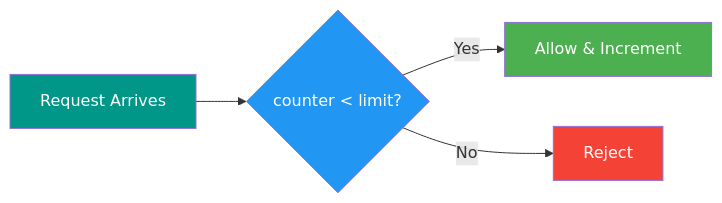
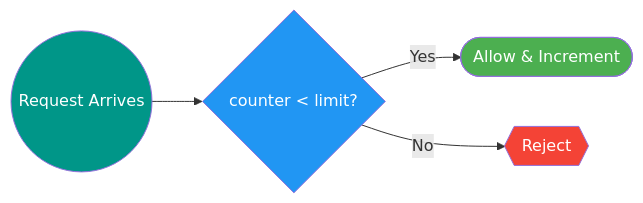
Before and after one commit to saivamsikaruturi/vamsilabs-dev-notes-main: the third of 8 diagrams in docs/ratelimiting.md, drawn with Mermaid. The commit also changed other lines of this file and 146 other files, not shown here.

Commit message:
Horizontal diagrams, UML class diagrams, typography overhaul, and permalink cleanup

````diff
--- a/docs/ratelimiting.md
+++ b/docs/ratelimiting.md
@@ -132,11 +132,11 @@
 ```mermaid
-graph LR
+flowchart LR
     style A fill:#009688,color:#fff
     style B fill:#2196F3,color:#fff
     style C fill:#4CAF50,color:#fff
     style D fill:#f44336,color:#fff
 
-    A[Request Arrives] --> B{counter < limit?}
-    B -->|Yes| C[Allow & Increment]
-    B -->|No| D[Reject]
+    A(("Request Arrives")) --> B{"counter < limit?"}
+    B -->|Yes| C(["Allow & Increment"])
+    B -->|No| D{{"Reject"}}
 ```
````
